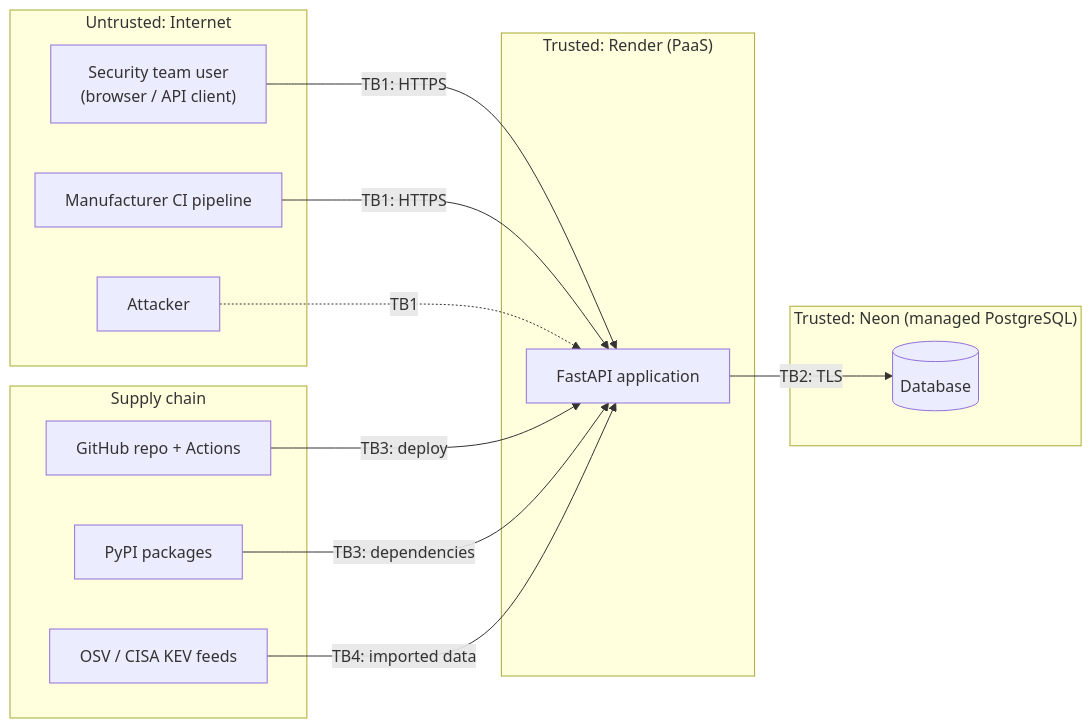
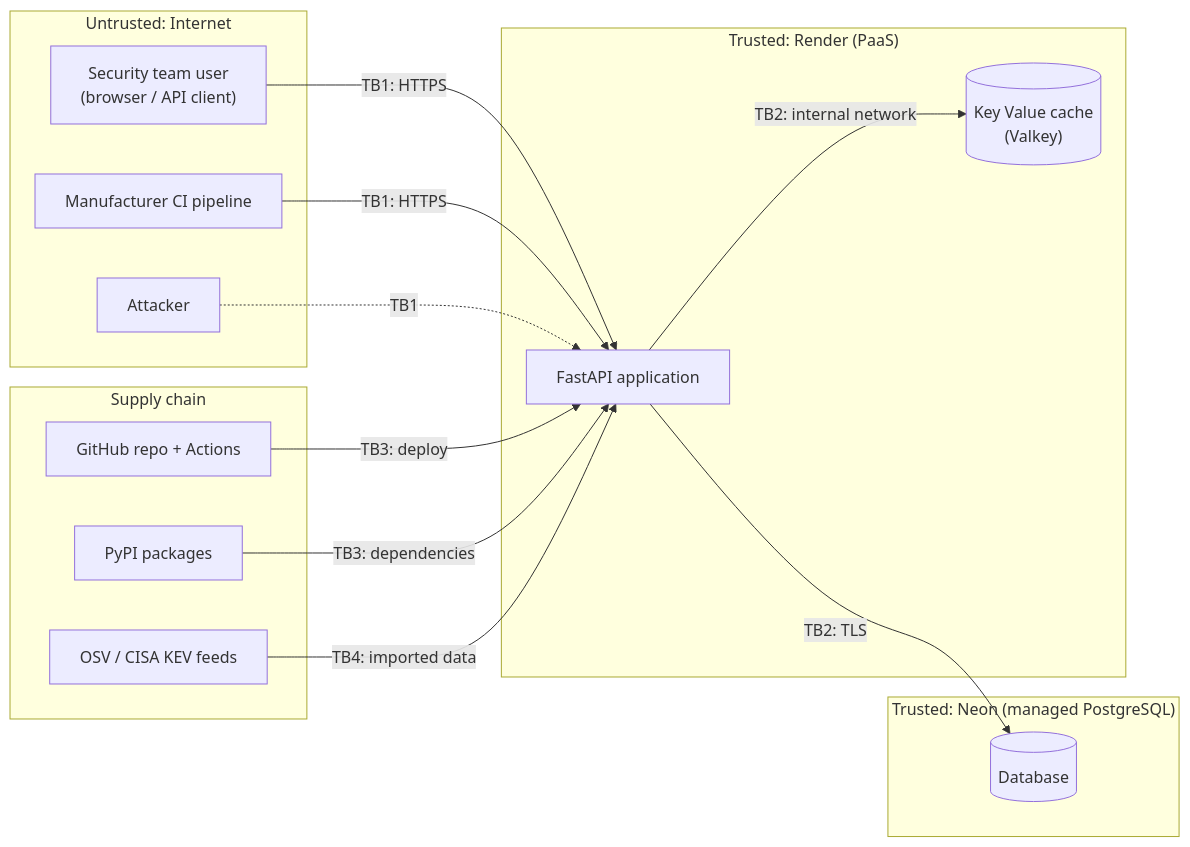
Before and after one commit to eterna09/sbom-tracker: the diagram in docs/threat-model.md, drawn with Mermaid. The commit also changed other lines of this file and 2 other files, not shown here.

````diff
--- a/docs/threat-model.md
+++ b/docs/threat-model.md
@@ -9,30 +9,32 @@
 ```mermaid
 flowchart LR
     subgraph Internet["Untrusted: Internet"]
         Analyst["Security team user<br/>(browser / API client)"]
         CI["Manufacturer CI pipeline"]
         Attacker["Attacker"]
     end
 
     subgraph Render["Trusted: Render (PaaS)"]
         API["FastAPI application"]
+        Cache[("Key Value cache<br/>(Valkey)")]
     end
 
     subgraph Neon["Trusted: Neon (managed PostgreSQL)"]
         DB[("Database")]
     end
 
     subgraph Supply["Supply chain"]
         GH["GitHub repo + Actions"]
         PyPI["PyPI packages"]
         Feeds["OSV / CISA KEV feeds"]
     end
 
     Analyst -- "TB1: HTTPS" --> API
     CI -- "TB1: HTTPS" --> API
     Attacker -. "TB1" .-> API
     API -- "TB2: TLS" --> DB
+    API -- "TB2: internal network" --> Cache
     GH -- "TB3: deploy" --> API
     PyPI -- "TB3: dependencies" --> API
     Feeds -- "TB4: imported data" --> API
 ```
````
